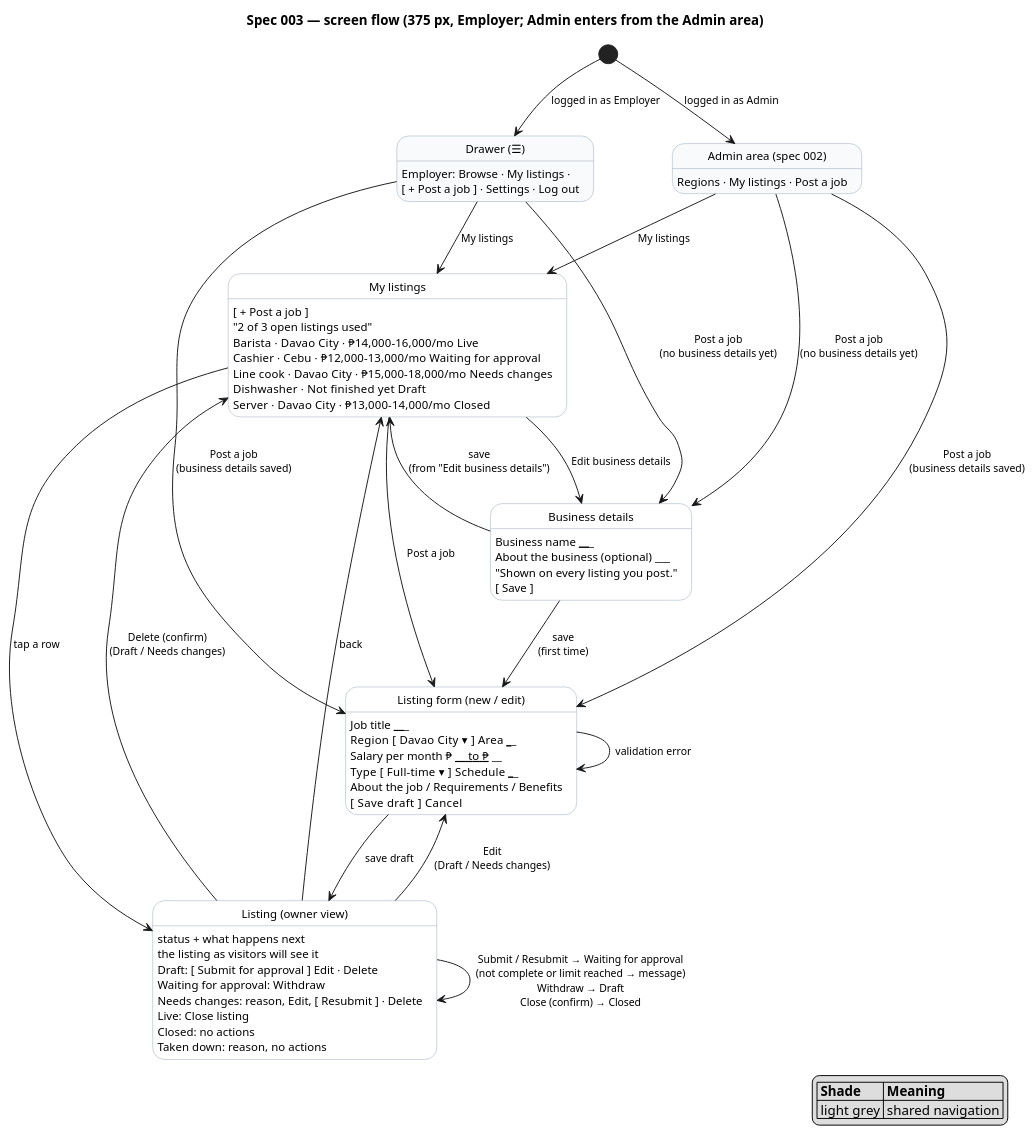
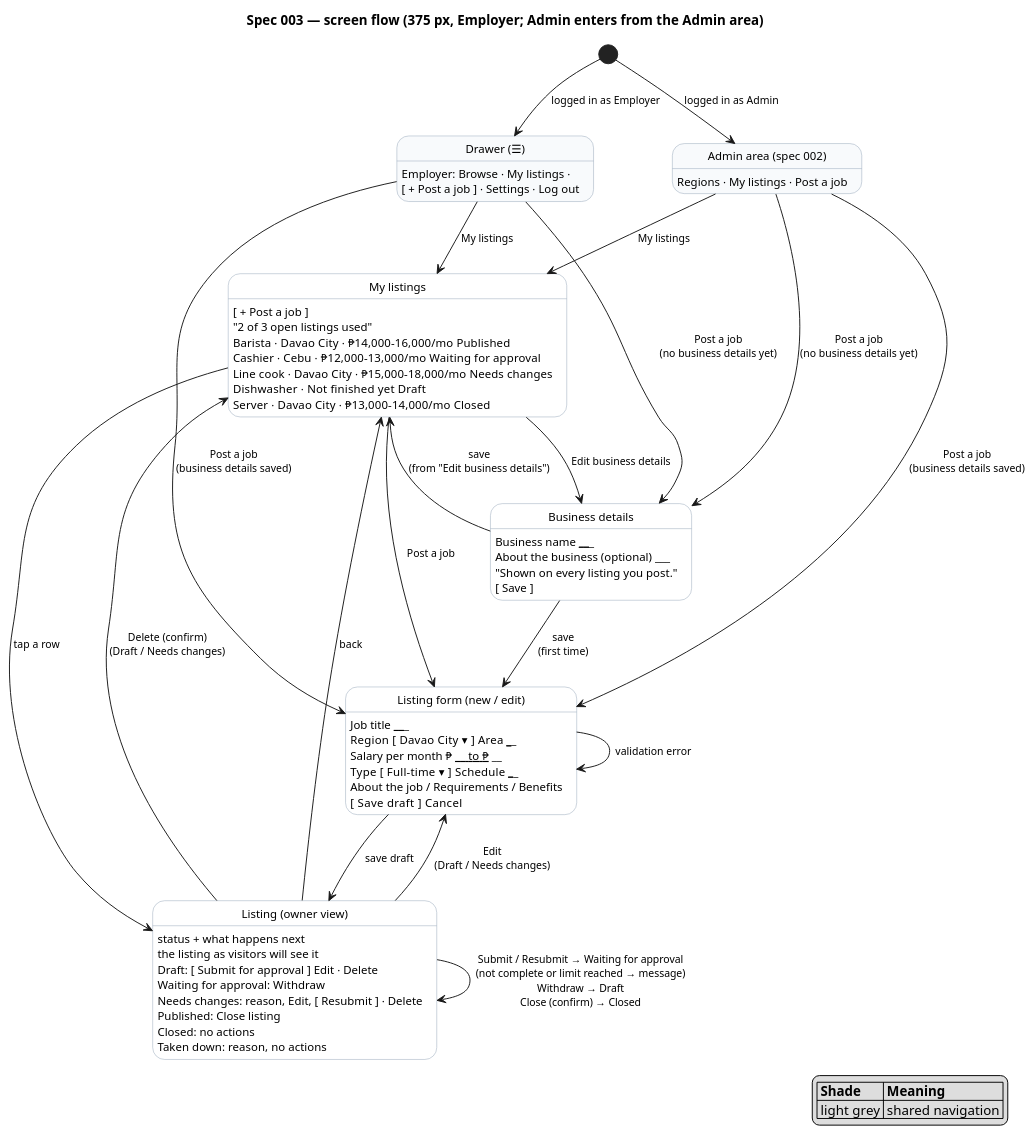
One commit to raseniero/jairojobs-elixir changed the diagram in docs/specs/003-listings-employer-posting/diagrams/screenflow-posting.puml. Above: the diagram before and after it, drawn with PlantUML. The commit also changed 38 other files, not shown here.

Commit message:
refactor(listings): the Published status is called "Published" on screens, in email and in the Admin list's address, no longer "Live" (REQ-003-9, REQ-003-10, REQ-004-3, REQ-004-7, REQ-004-9)

```diff
--- a/docs/specs/003-listings-employer-posting/diagrams/screenflow-posting.puml
+++ b/docs/specs/003-listings-employer-posting/diagrams/screenflow-posting.puml
@@ -1,80 +1,80 @@
 @startuml screenflow-posting
 ' Spec 003 — screen flow. Each state is a screen (key elements listed); each arrow is a user action.
 ' Every user story US-003-1..12 is a path through this diagram (see table in spec.md).
 
 hide empty description
 skinparam state {
   BackgroundColor white
   BackgroundColor<<public>> #f8fafc
   BorderColor #94a3b8
   FontSize 12
 }
 skinparam arrowFontSize 11
 
 title Spec 003 — screen flow (375 px, Employer; Admin enters from the Admin area)
 
 state "Drawer (☰)" as Drawer <<public>>
 Drawer : Employer: Browse · My listings ·
 Drawer : [ + Post a job ] · Settings · Log out
 
 state "Admin area (spec 002)" as AdminArea <<public>>
 AdminArea : Regions · My listings · Post a job
 
 state "My listings" as Mine
 Mine : [ + Post a job ]
 Mine : "2 of 3 open listings used"
-Mine : Barista · Davao City · ₱14,000–16,000/mo   Live
+Mine : Barista · Davao City · ₱14,000–16,000/mo   Published
 Mine : Cashier · Cebu · ₱12,000–13,000/mo   Waiting for approval
 Mine : Line cook · Davao City · ₱15,000–18,000/mo   Needs changes
 Mine : Dishwasher · Not finished yet   Draft
 Mine : Server · Davao City · ₱13,000–14,000/mo   Closed
 
 state "Business details" as Business
 Business : Business name ___________
 Business : About the business (optional) ___
 Business : "Shown on every listing you post."
 Business : [ Save ]
 
 state "Listing form (new / edit)" as Form
 Form : Job title ___________
 Form : Region [ Davao City ▾ ]   Area ______
 Form : Salary per month ₱ ____ to ₱ ____
 Form : Type [ Full-time ▾ ]   Schedule ______
 Form : About the job / Requirements / Benefits
 Form : [ Save draft ]   Cancel
 
 state "Listing (owner view)" as Listing
 Listing : status + what happens next
 Listing : the listing as visitors will see it
 Listing : Draft: [ Submit for approval ] Edit · Delete
 Listing : Waiting for approval: Withdraw
 Listing : Needs changes: reason, Edit, [ Resubmit ] · Delete
-Listing : Live: Close listing
+Listing : Published: Close listing
 Listing : Closed: no actions
 Listing : Taken down: reason, no actions
 
 [*] --> Drawer : logged in as Employer
 [*] --> AdminArea : logged in as Admin
 AdminArea --> Mine : My listings
 AdminArea --> Form : Post a job\n(business details saved)
 AdminArea --> Business : Post a job\n(no business details yet)
 Drawer --> Mine : My listings
 Drawer --> Form : Post a job\n(business details saved)
 Drawer --> Business : Post a job\n(no business details yet)
 Mine --> Form : Post a job
 Business --> Form : save\n(first time)
 Business --> Mine : save\n(from "Edit business details")
 Mine --> Business : Edit business details
 Form --> Listing : save draft
 Form --> Form : validation error
 Mine --> Listing : tap a row
 Listing --> Form : Edit\n(Draft / Needs changes)
 Listing --> Listing : Submit / Resubmit → Waiting for approval\n(not complete or limit reached → message)\nWithdraw → Draft\nClose (confirm) → Closed
 Listing --> Mine : Delete (confirm)\n(Draft / Needs changes)
 Listing --> Mine : back
 
 legend right
   |= Shade |= Meaning |
   | light grey | shared navigation |
 endlegend
 @enduml
```
